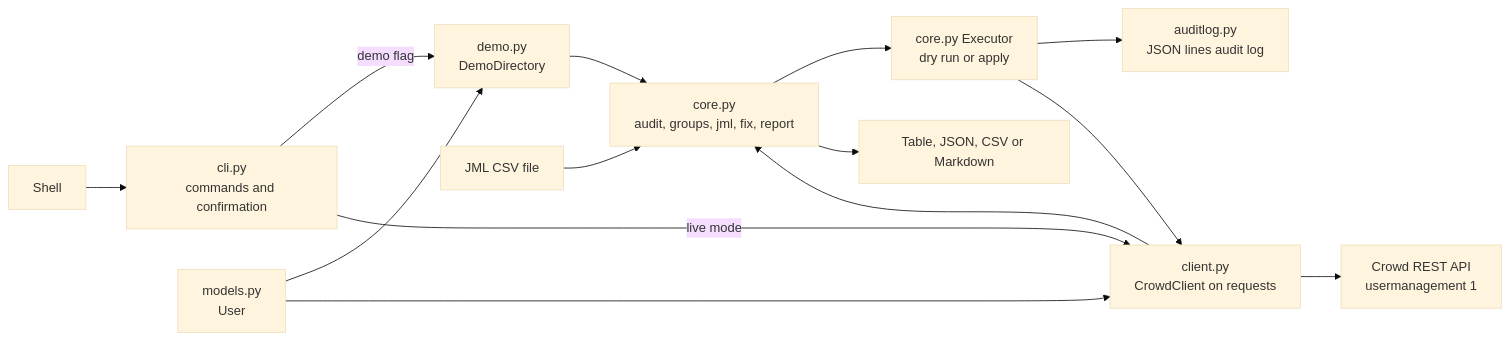
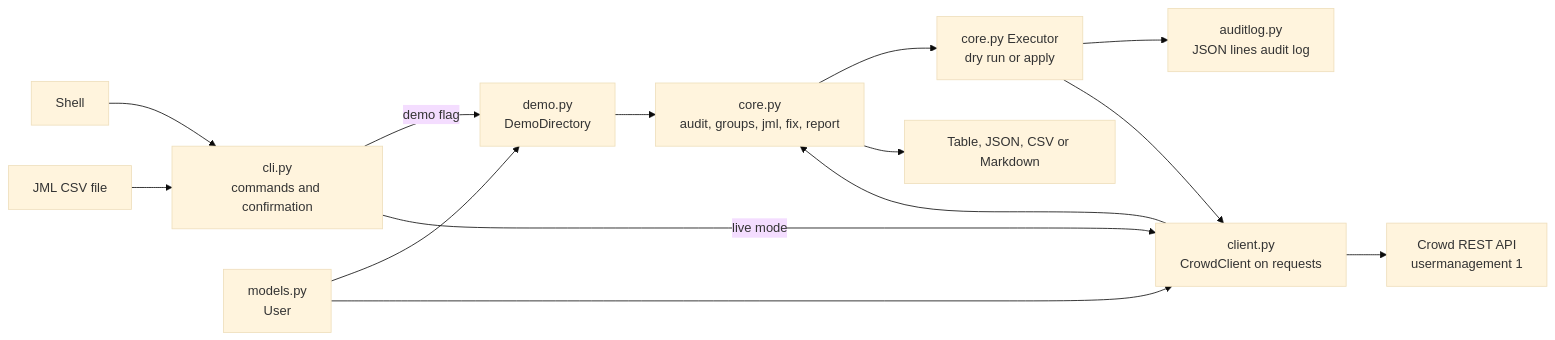
One commit to chriswayneh/crowdkeeper changed the diagram in README.md. Above: the diagram before and after it, drawn with Mermaid (base theme). The commit also changed other lines of this file and 1 other file, not shown here.

Commit message:
docs: fix README fences and report sample, jml CSV edge, add ROADMAP.md

````diff
--- a/README.md
+++ b/README.md
@@ -255,16 +256,16 @@
 ```mermaid
 flowchart LR
     user["Shell"] --> cli["cli.py<br/>commands and confirmation"]
     cli -->|"demo flag"| demo["demo.py<br/>DemoDirectory"]
     cli -->|"live mode"| client["client.py<br/>CrowdClient on requests"]
     client --> crowd["Crowd REST API<br/>usermanagement 1"]
     models["models.py<br/>User"] --> demo
     models --> client
     demo --> core["core.py<br/>audit, groups, jml, fix, report"]
     client --> core
-    jmlcsv["JML CSV file"] --> core
+    jmlcsv["JML CSV file"] --> cli
     core --> exec["core.py Executor<br/>dry run or apply"]
     exec --> auditlog["auditlog.py<br/>JSON lines audit log"]
     exec --> client
     core --> outp["Table, JSON, CSV or Markdown"]
 ```
````
